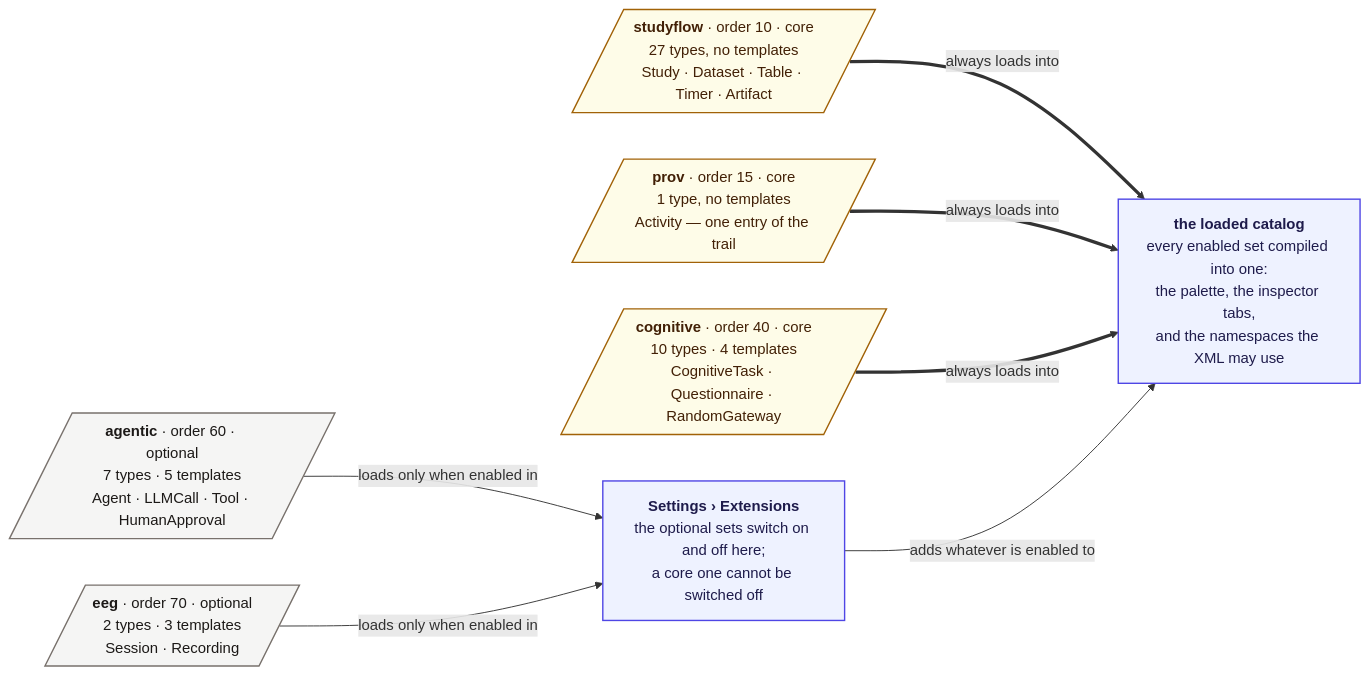
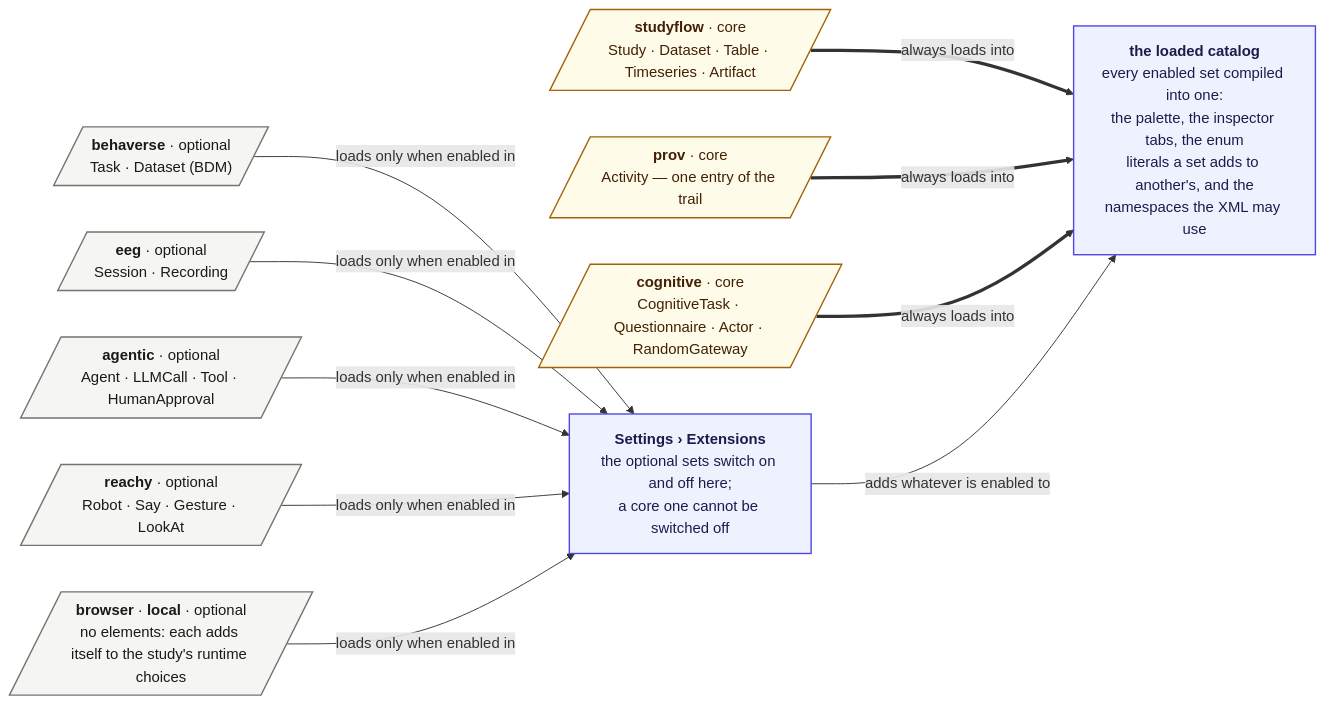
The diagram in docs/assets/img/diagrams/schema-map.mmd (behaverse/studyflow-modeler), drawn with Mermaid before and after one commit. The commit also changed 61 other files, not shown here.

First line of the commit message:
studyflow v26.9.14: skill-owned vocabularies, extensible enums, cleaner inspector

```diff
--- a/docs/assets/img/diagrams/schema-map.mmd
+++ b/docs/assets/img/diagrams/schema-map.mmd
@@ -1,44 +1,49 @@
 %% Regenerate: npx -y @mermaid-js/mermaid-cli -i schema-map.mmd -o schema-map.svg -c mermaid.config.json -b transparent
 %% The config keeps labels as plain SVG text (no foreignObject), so the .svg survives being embedded as an image.
 flowchart LR
 
-  SF[/"`**studyflow** · order 10 · core
-  27 types, no templates
-  Study · Dataset · Table · Timer · Artifact`"/]
-  PROV[/"`**prov** · order 15 · core
-  1 type, no templates
+  SF[/"`**studyflow** · core
+  Study · Dataset · Table · Timeseries · Artifact`"/]
+  PROV[/"`**prov** · core
   Activity — one entry of the trail`"/]
-  COG[/"`**cognitive** · order 40 · core
-  10 types · 4 templates
-  CognitiveTask · Questionnaire · RandomGateway`"/]
+  COG[/"`**cognitive** · core
+  CognitiveTask · Questionnaire · Actor · RandomGateway`"/]
 
-  AGENTIC[/"`**agentic** · order 60 · optional
-  7 types · 5 templates
+  BEHAVERSE[/"`**behaverse** · optional
+  Task · Dataset (BDM)`"/]
+  EEG[/"`**eeg** · optional
+  Session · Recording`"/]
+  AGENTIC[/"`**agentic** · optional
   Agent · LLMCall · Tool · HumanApproval`"/]
-  EEG[/"`**eeg** · order 70 · optional
-  2 types · 3 templates
-  Session · Recording`"/]
+  REACHY[/"`**reachy** · optional
+  Robot · Say · Gesture · LookAt`"/]
+  RUNTIMES[/"`**browser** · **local** · optional
+  no elements: each adds itself to the study's runtime choices`"/]
 
   SETTINGS["`**Settings › Extensions**
   the optional sets switch on and off here;
   a core one cannot be switched off`"]
 
   CATALOG["`**the loaded catalog**
   every enabled set compiled into one:
-  the palette, the inspector tabs,
-  and the namespaces the XML may use`"]
+  the palette, the inspector tabs, the enum
+  literals a set adds to another's, and the
+  namespaces the XML may use`"]
 
   SF ==>|"always loads into"| CATALOG
   PROV ==>|"always loads into"| CATALOG
   COG ==>|"always loads into"| CATALOG
 
+  BEHAVERSE -->|"loads only when enabled in"| SETTINGS
+  EEG -->|"loads only when enabled in"| SETTINGS
   AGENTIC -->|"loads only when enabled in"| SETTINGS
-  EEG -->|"loads only when enabled in"| SETTINGS
+  REACHY -->|"loads only when enabled in"| SETTINGS
+  RUNTIMES -->|"loads only when enabled in"| SETTINGS
   SETTINGS -->|"adds whatever is enabled to"| CATALOG
 
   classDef core fill:#fefce8,stroke:#a16207,stroke-width:1.5px,color:#422006
   classDef opt fill:#f5f5f4,stroke:#78716c,stroke-width:1.5px,color:#1c1917
   classDef app fill:#eef2ff,stroke:#4f46e5,stroke-width:1.5px,color:#1e1b4b
   class SF,PROV,COG core
-  class AGENTIC,EEG opt
+  class BEHAVERSE,EEG,AGENTIC,REACHY,RUNTIMES opt
   class SETTINGS,CATALOG app
```
